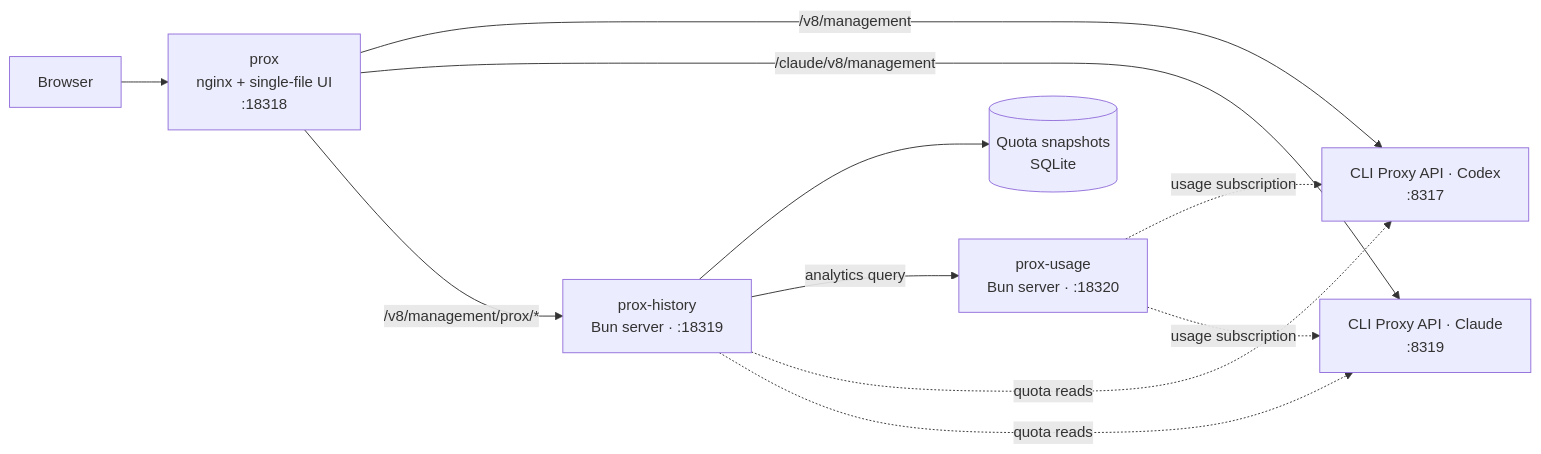
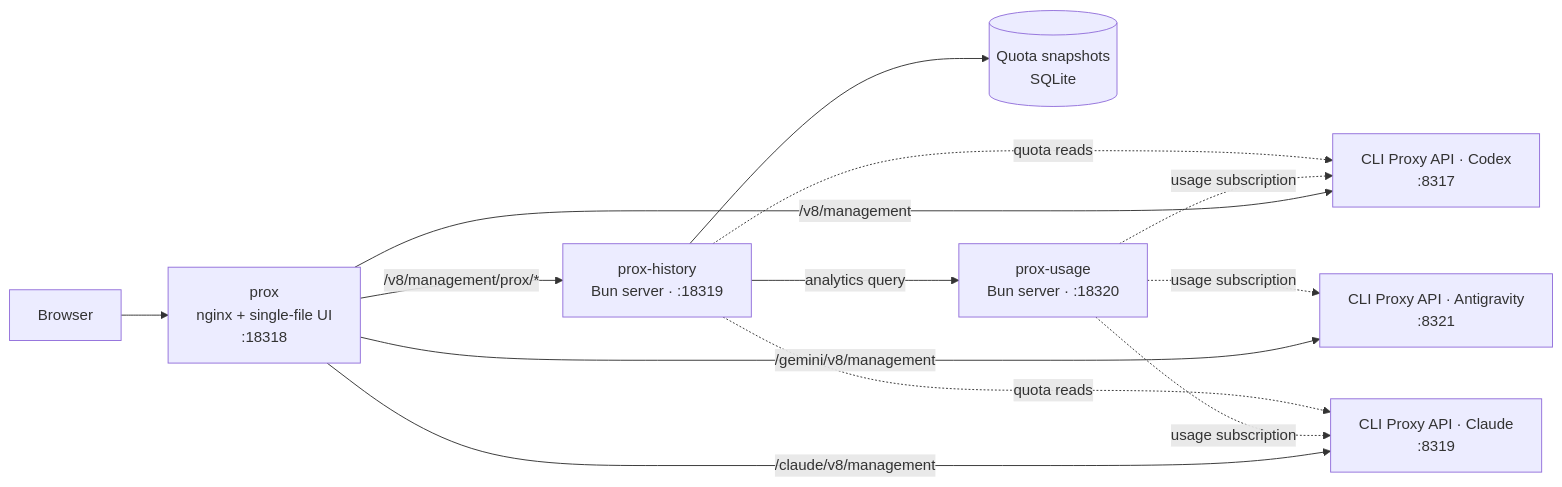
The diagram in README.md (router-for-me/Cli-Proxy-API-Management-Center), drawn with Mermaid before and after one commit. The commit also changed 8 other files, not shown here.

First line of the commit message:
feat(sources): add the Gemini / Antigravity management source

````diff
--- a/README.md
+++ b/README.md
@@ -71,11 +71,12 @@
 ```mermaid
 flowchart LR
   B[Browser] --> P["prox<br/>nginx + single-file UI<br/>:18318"]
   P -->|"/v8/management"| X["CLI Proxy API · Codex<br/>:8317"]
   P -->|"/claude/v8/management"| C["CLI Proxy API · Claude<br/>:8319"]
+  P -->|"/gemini/v8/management"| G["CLI Proxy API · Antigravity<br/>:8321"]
   P -->|"/v8/management/prox/*"| H["prox-history<br/>Bun server · :18319"]
   H --> Q[("Quota snapshots<br/>SQLite")]
   H -->|"analytics query"| U["prox-usage<br/>Bun server · :18320"]
-  U -.->|"usage subscription"| X & C
+  U -.->|"usage subscription"| X & C & G
   H -.->|"quota reads"| X & C
 ```
````
